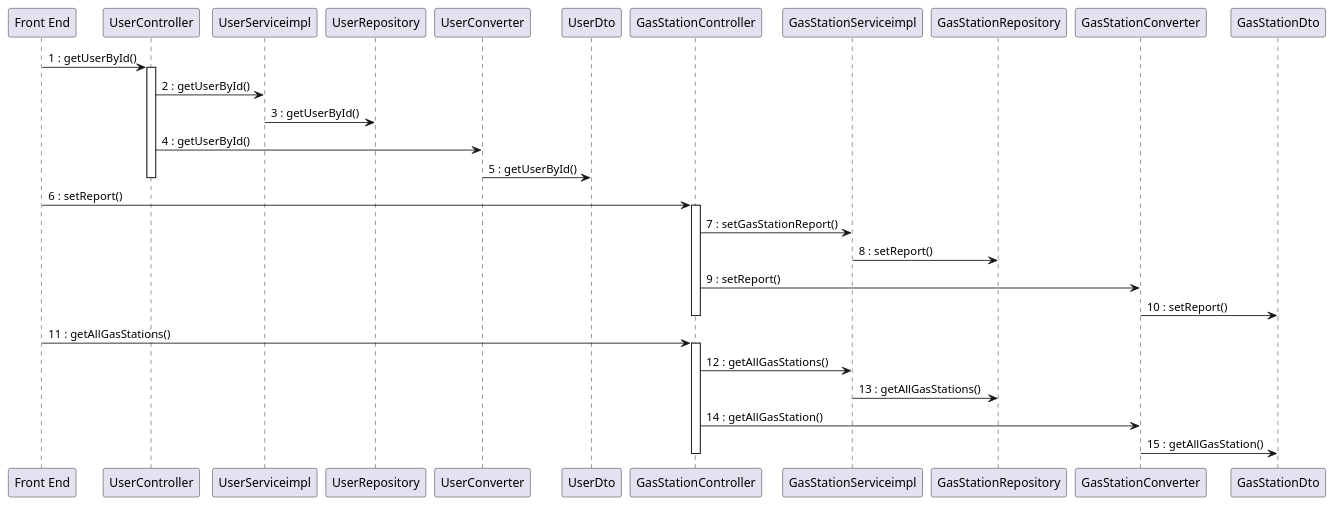
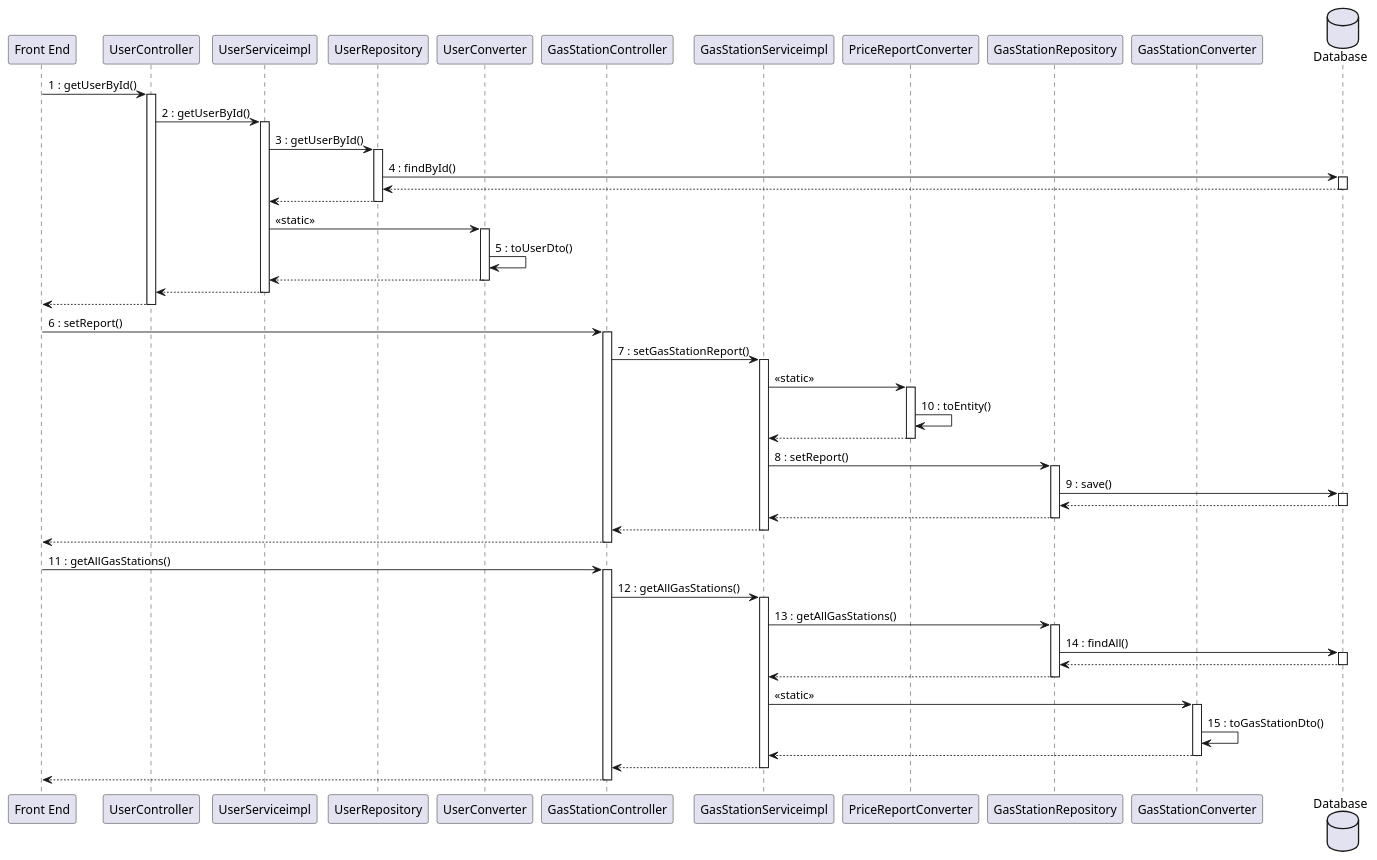
One commit to mosTavassoli/ezgas changed diagram 11 of 15 in docs/DesignDocument.md. Above: the diagram before and after it, drawn with PlantUML. The commit also changed other lines of this file, not shown here.

Commit message:
docs(DesignDocument): edit sequence diagrams

````diff
--- a/docs/DesignDocument.md
+++ b/docs/DesignDocument.md
@@ -639,36 +721,53 @@
 ```plantuml
+database Database order 30
 "Front End" -> UserController:1 : getUserById()
 activate UserController
-
 UserController -> UserServiceimpl:2 : getUserById()
-
+activate UserServiceimpl
 UserServiceimpl -> UserRepository:3 : getUserById()
-
-UserController -> UserConverter:4 : getUserById()
-
-UserConverter -> UserDto:5 : getUserById()
-deactivate UserController
+activate UserRepository
+UserRepository -> Database:4 : findById()
+activate Database
+return
+return
+UserServiceimpl -> UserConverter:<<static>>
+activate UserConverter
+UserConverter -> UserConverter:5 : toUserDto()
+return
+return
+return
 
 "Front End" -> GasStationController:6 : setReport()
 activate GasStationController
 GasStationController -> GasStationServiceimpl:7 : setGasStationReport()
-
+activate GasStationServiceimpl
+GasStationServiceimpl -> PriceReportConverter:<<static>>
+activate PriceReportConverter
+PriceReportConverter -> PriceReportConverter:10 : toEntity()
+return
 GasStationServiceimpl -> GasStationRepository:8 : setReport()
-
-GasStationController -> GasStationConverter:9 : setReport()
-
-GasStationConverter -> GasStationDto:10 : setReport()
-deactivate GasStationController
+activate GasStationRepository
+GasStationRepository -> Database:9 : save()
+activate Database
+return
+return
+return
+return
 
 "Front End" -> GasStationController:11 : getAllGasStations()
 activate GasStationController
 GasStationController -> GasStationServiceimpl:12 : getAllGasStations()
-
+activate GasStationServiceimpl
 GasStationServiceimpl -> GasStationRepository:13 : getAllGasStations()
-
-GasStationController -> GasStationConverter:14 : getAllGasStation()
-
-GasStationConverter -> GasStationDto:15 : getAllGasStation()
-deactivate GasStationController
-
+activate GasStationRepository
+GasStationRepository -> Database:14 : findAll()
+activate Database
+return
+return
+GasStationServiceimpl -> GasStationConverter:<<static>>
+activate GasStationConverter
+GasStationConverter -> GasStationConverter:15 : toGasStationDto()
+return
+return
+return
 ```
````
